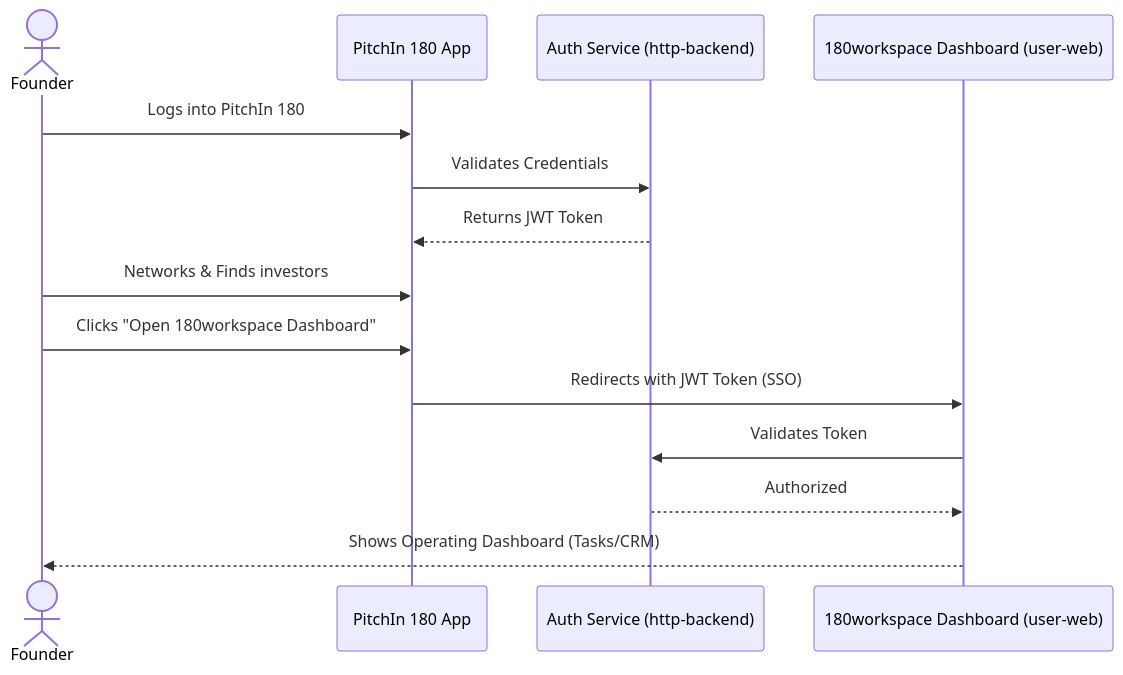
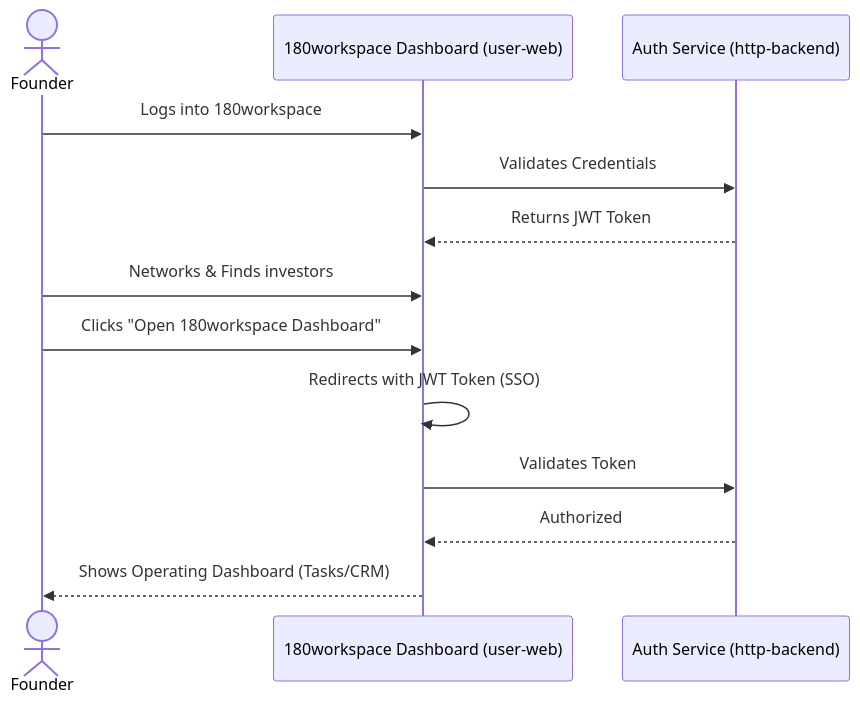
One commit to simplicion/180workspace changed the diagram in apps/docs/docs/02-architecture/dual-app-strategy.md. Above: the diagram before and after it, drawn with Mermaid. The commit also changed other lines of this file and 523 other files, not shown here.

````diff
--- a/apps/docs/docs/02-architecture/dual-app-strategy.md
+++ b/apps/docs/docs/02-architecture/dual-app-strategy.md
@@ -9,17 +9,17 @@
 ```mermaid
 sequenceDiagram
     actor Founder
-    participant PitchIn as PitchIn 180 App
+    participant 180workspace as 180workspace App
     participant Auth as Auth Service (http-backend)
     participant 180workspace as 180workspace Dashboard (user-web)
     
-    Founder->>PitchIn: Logs into PitchIn 180
-    PitchIn->>Auth: Validates Credentials
-    Auth-->>PitchIn: Returns JWT Token
-    Founder->>PitchIn: Networks & Finds investors
-    Founder->>PitchIn: Clicks "Open 180workspace Dashboard"
-    PitchIn->>180workspace: Redirects with JWT Token (SSO)
+    Founder->>180workspace: Logs into 180workspace
+    180workspace->>Auth: Validates Credentials
+    Auth-->>180workspace: Returns JWT Token
+    Founder->>180workspace: Networks & Finds investors
+    Founder->>180workspace: Clicks "Open 180workspace Dashboard"
+    180workspace->>180workspace: Redirects with JWT Token (SSO)
     180workspace->>Auth: Validates Token
     Auth-->>180workspace: Authorized
     180workspace-->>Founder: Shows Operating Dashboard (Tasks/CRM)
 ```
````
